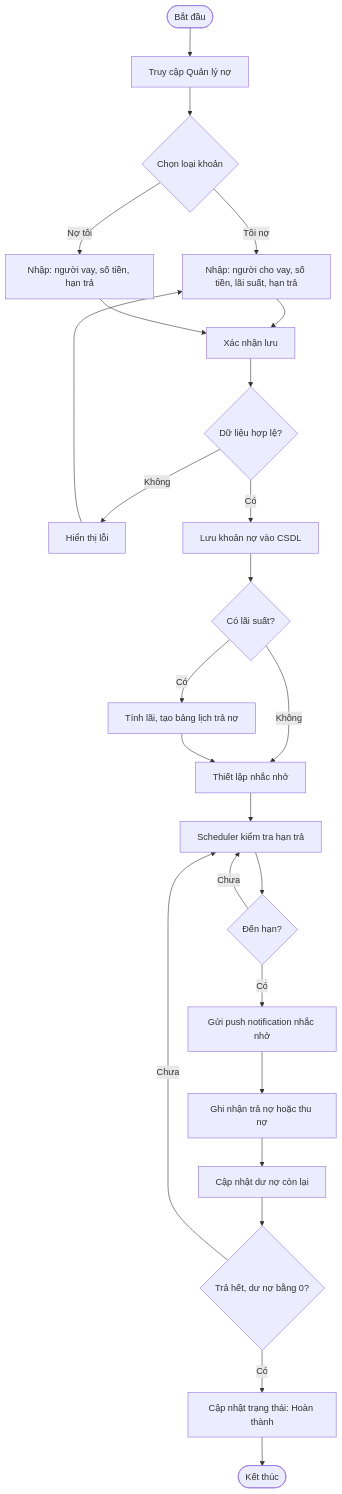
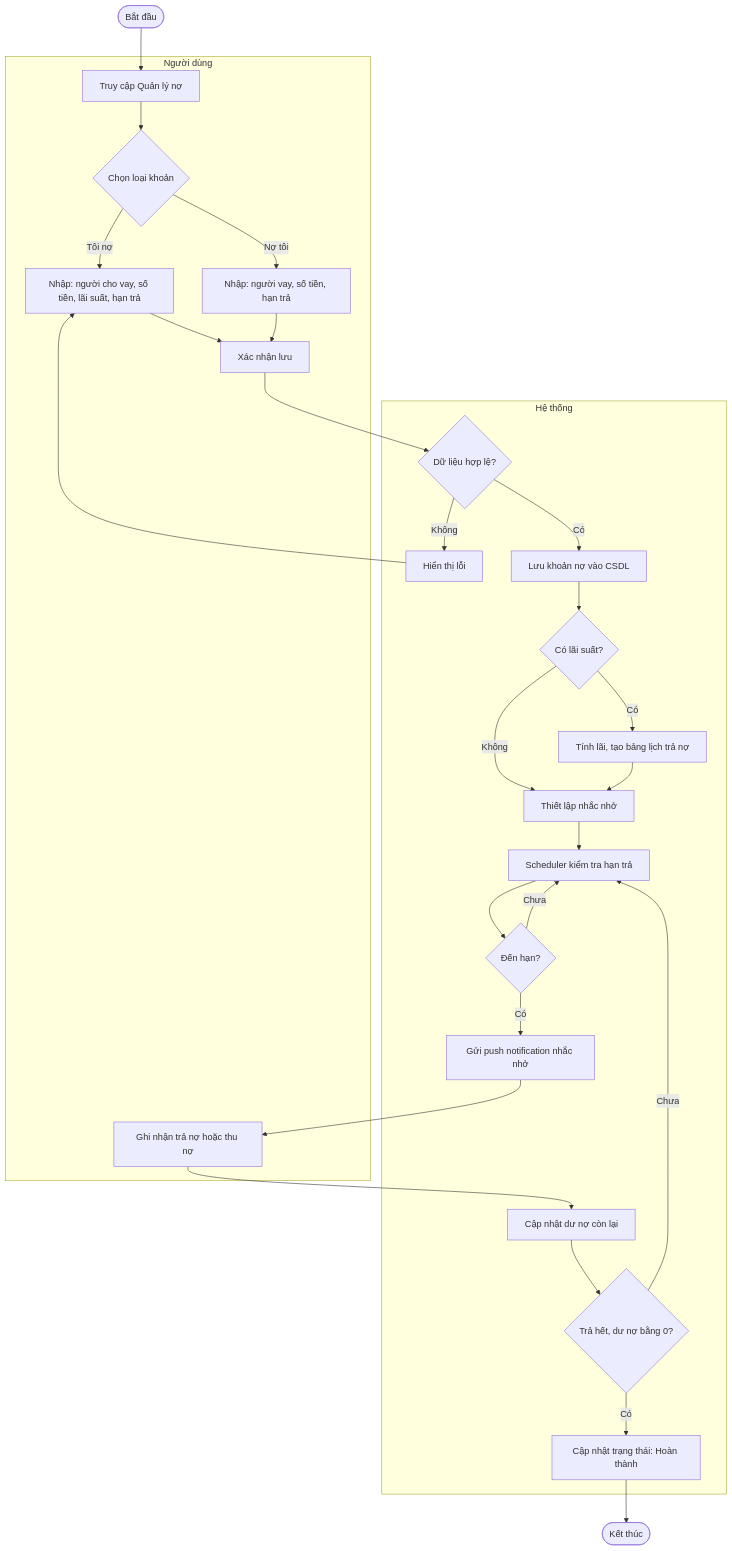
One commit to Hieu-vn/Graduation-Thesis changed the seventh of 10 diagrams in Nghiên cứu MISA MoneyKeeper.md. Above: the diagram before and after it, drawn with Mermaid. The commit also changed other lines of this file, not shown here.

````diff
--- a/Nghiên cứu MISA MoneyKeeper.md
+++ b/Nghiên cứu MISA MoneyKeeper.md
@@ -214,26 +359,54 @@
 ```mermaid
 flowchart TD
-    A([Bắt đầu]) --> B[Truy cập Quản lý nợ]
-    B --> C{Chọn loại khoản}
-    C -->|Tôi nợ| D1[Nhập: người cho vay, số tiền, lãi suất, hạn trả]
-    C -->|Nợ tôi| D2[Nhập: người vay, số tiền, hạn trả]
-    D1 --> E[Xác nhận lưu]
+    A([Bắt đầu])
+
+    subgraph NguoiDung["Người dùng"]
+        B[Truy cập Quản lý nợ]
+        C{Chọn loại khoản}
+        D1[Nhập: người cho vay, số tiền, lãi suất, hạn trả]
+        D2[Nhập: người vay, số tiền, hạn trả]
+        E[Xác nhận lưu]
+        K[Ghi nhận trả nợ hoặc thu nợ]
+    end
+
+    subgraph HeThong["Hệ thống"]
+        F{Dữ liệu hợp lệ?}
+        F2[Hiển thị lỗi]
+        G[Lưu khoản nợ vào CSDL]
+        G2{Có lãi suất?}
+        G3[Tính lãi, tạo bảng lịch trả nợ]
+        G4[Thiết lập nhắc nhở]
+        H[Scheduler kiểm tra hạn trả]
+        I{Đến hạn?}
+        J[Gửi push notification nhắc nhở]
+        K2[Cập nhật dư nợ còn lại]
+        K3{Trả hết, dư nợ bằng 0?}
+        K4[Cập nhật trạng thái: Hoàn thành]
+    end
+
+    L([Kết thúc])
+
+    A --> B
+    B --> C
+    C -->|Tôi nợ| D1
+    C -->|Nợ tôi| D2
+    D1 --> E
     D2 --> E
-    E --> F{Dữ liệu hợp lệ?}
-    F -->|Không| F2[Hiển thị lỗi] --> D1
-    F -->|Có| G[Lưu khoản nợ vào CSDL]
-    G --> G2{Có lãi suất?}
-    G2 -->|Có| G3[Tính lãi, tạo bảng lịch trả nợ]
-    G2 -->|Không| G4[Thiết lập nhắc nhở]
+    E --> F
+    F -->|Không| F2 --> D1
+    F -->|Có| G
+    G --> G2
+    G2 -->|Có| G3
+    G2 -->|Không| G4
     G3 --> G4
-    G4 --> H[Scheduler kiểm tra hạn trả]
-    H --> I{Đến hạn?}
+    G4 --> H
+    H --> I
     I -->|Chưa| H
-    I -->|Có| J[Gửi push notification nhắc nhở]
-    J --> K[Ghi nhận trả nợ hoặc thu nợ]
-    K --> K2[Cập nhật dư nợ còn lại]
-    K2 --> K3{Trả hết, dư nợ bằng 0?}
-    K3 -->|Có| K4[Cập nhật trạng thái: Hoàn thành]
+    I -->|Có| J
+    J --> K
+    K --> K2
+    K2 --> K3
+    K3 -->|Có| K4
     K3 -->|Chưa| H
-    K4 --> L([Kết thúc])
+    K4 --> L
 ```
````
